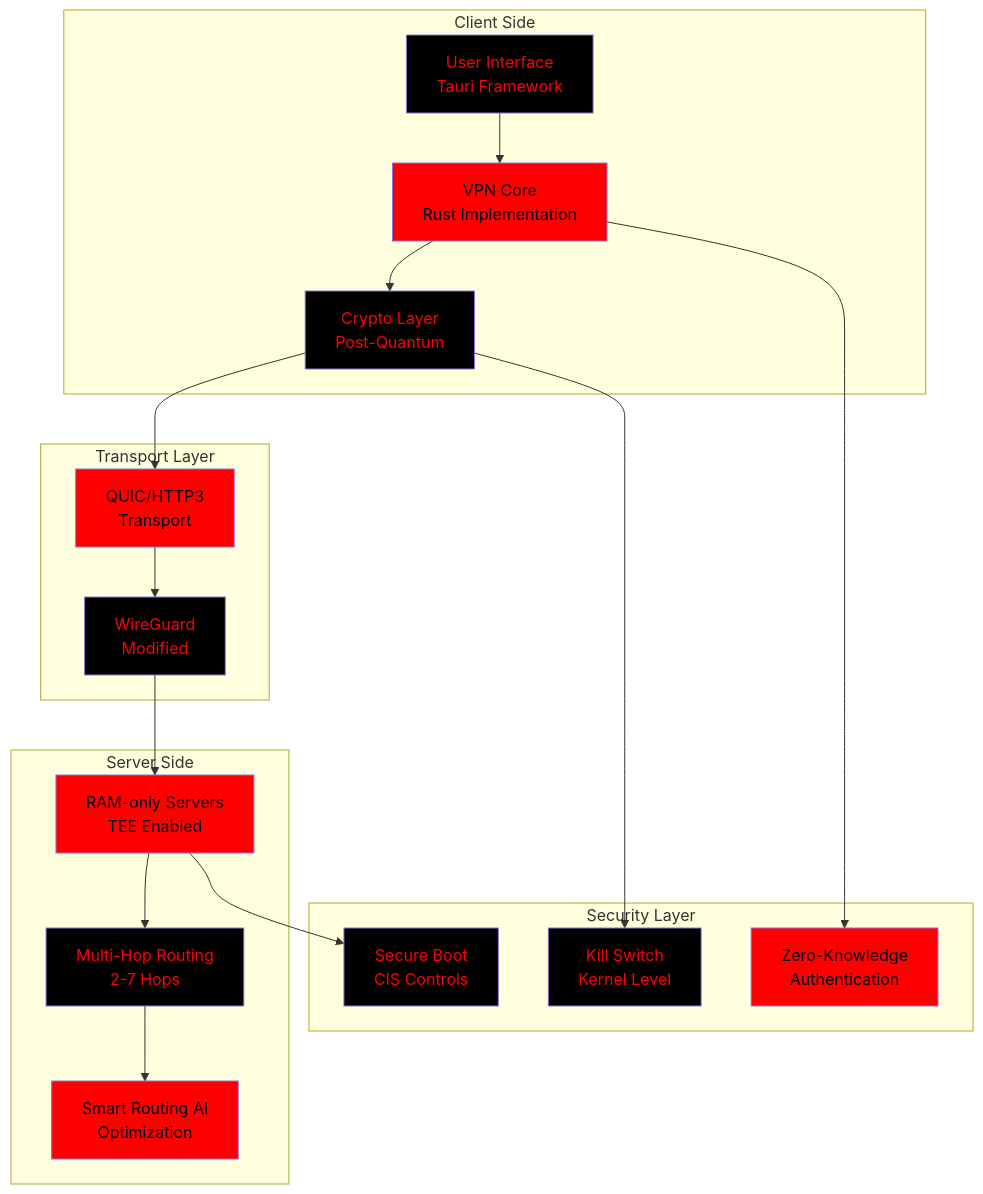
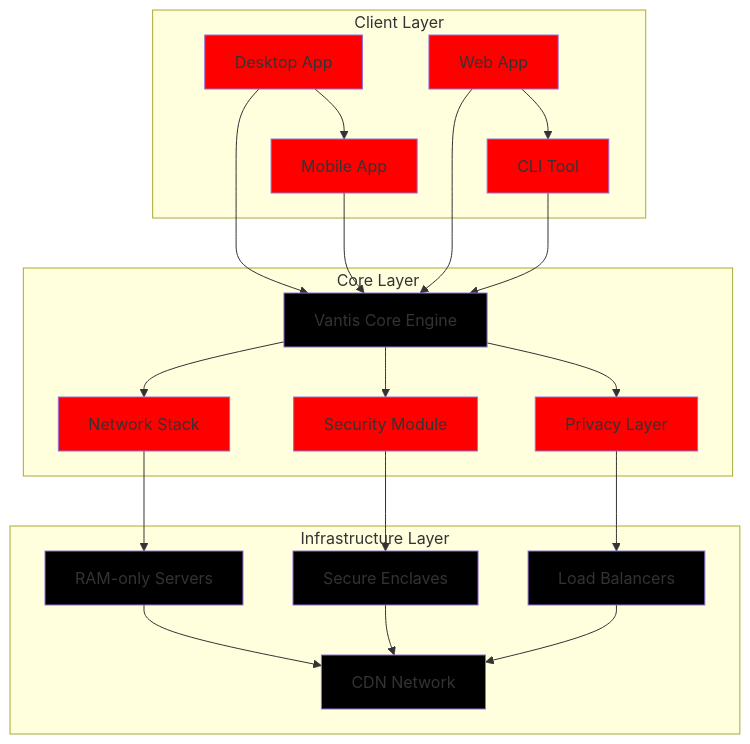
The first of 3 diagrams in README.md (vantisCorp/VantisVPN), drawn with Mermaid before and after one commit. The commit also changed other lines of this file and 35 other files, not shown here.

````diff
--- a/README.md
+++ b/README.md
@@ -158,36 +231,51 @@
 ```mermaid
 graph TB
-    subgraph "Client Side"
-        A[User Interface<br/>Tauri Framework] --> B[VPN Core<br/>Rust Implementation]
-        B --> C[Crypto Layer<br/>Post-Quantum]
+    subgraph "Client Layer"
+        A[Desktop App] --> B[Mobile App]
+        C[Web App] --> D[CLI Tool]
     end
     
-    subgraph "Transport Layer"
-        C --> D[QUIC/HTTP3<br/>Transport]
-        D --> E[WireGuard<br/>Modified]
+    subgraph "Core Layer"
+        E[Vantis Core Engine]
+        F[Network Stack]
+        G[Security Module]
+        H[Privacy Layer]
     end
     
-    subgraph "Server Side"
-        E --> F[RAM-only Servers<br/>TEE Enabled]
-        F --> G[Multi-Hop Routing<br/>2-7 Hops]
-        G --> H[Smart Routing AI<br/>Optimization]
+    subgraph "Infrastructure Layer"
+        I[RAM-only Servers]
+        J[Secure Enclaves]
+        K[Load Balancers]
+        L[CDN Network]
     end
     
-    subgraph "Security Layer"
-        C --> I[Kill Switch<br/>Kernel Level]
-        B --> J[Zero-Knowledge<br/>Authentication]
-        F --> K[Secure Boot<br/>CIS Controls]
-    end
+    A --> E
+    B --> E
+    C --> E
+    D --> E
     
-    style A fill:#000000,color:#ff0000
-    style B fill:#ff0000,color:#000000
-    style C fill:#000000,color:#ff0000
-    style D fill:#ff0000,color:#000000
-    style E fill:#000000,color:#ff0000
-    style F fill:#ff0000,color:#000000
-    style G fill:#000000,color:#ff0000
-    style H fill:#ff0000,color:#000000
-    style I fill:#000000,color:#ff0000
-    style J fill:#ff0000,color:#000000
-    style K fill:#000000,color:#ff0000
+    E --> F
+    E --> G
+    E --> H
+    
+    F --> I
+    G --> J
+    H --> K
+    
+    I --> L
+    J --> L
+    K --> L
+    
+    style A fill:#ff0000
+    style B fill:#ff0000
+    style C fill:#ff0000
+    style D fill:#ff0000
+    style E fill:#000000
+    style F fill:#ff0000
+    style G fill:#ff0000
+    style H fill:#ff0000
+    style I fill:#000000
+    style J fill:#000000
+    style K fill:#000000
+    style L fill:#000000
 ```
````
